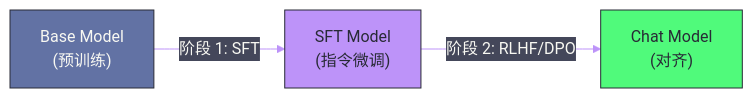
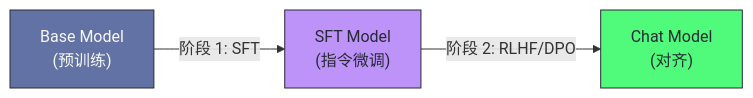
The first of 4 diagrams in content/LLM/LLM原理/04 指令微调与 RLHF——从基座模型到对话助手.md (hpliStartAgain/my-brain), drawn with Mermaid before and after one commit. The commit also changed other lines of this file and 7 other files, not shown here.

````diff
--- a/content/LLM/LLM原理/04 指令微调与 RLHF——从基座模型到对话助手.md
+++ b/content/LLM/LLM原理/04 指令微调与 RLHF——从基座模型到对话助手.md
@@ -42,13 +44,13 @@
 ```mermaid
-%%{init: {'theme': 'base', 'themeVariables': {'primaryColor': '#282a36', 'primaryTextColor': '#f8f8f2', 'primaryBorderColor': '#6272a4', 'lineColor': '#bd93f9', 'secondaryColor': '#44475a', 'tertiaryColor': '#44475a'}}}%%
+%%{init: {'theme': 'dracula'}}%%
 graph LR
     BASE["Base Model</br>(预训练)"] -->|"阶段 1: SFT"| SFT["SFT Model</br>(指令微调)"]
     SFT -->|"阶段 2: RLHF/DPO"| CHAT["Chat Model</br>(对齐)"]
 
     classDef base fill:#6272a4,stroke:#282a36,color:#f8f8f2
     classDef sft fill:#bd93f9,stroke:#282a36,color:#282a36
     classDef chat fill:#50fa7b,stroke:#282a36,color:#282a36
     class BASE base
     class SFT sft
     class CHAT chat
 ```
````
